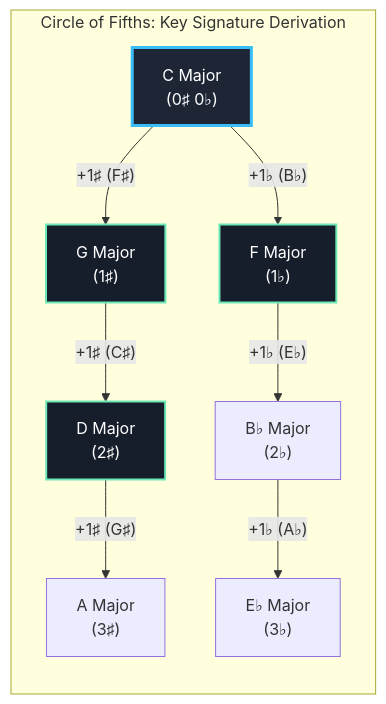
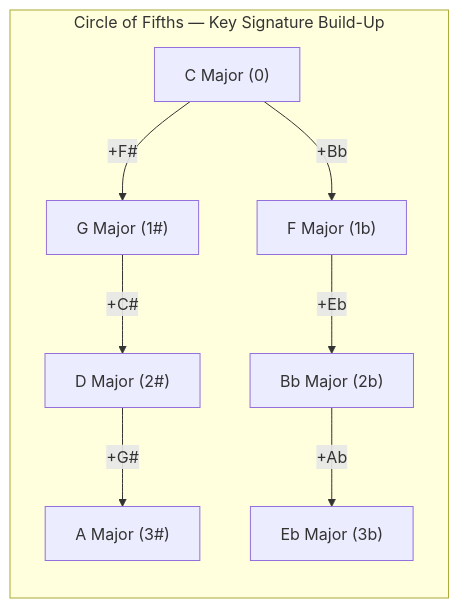
Before and after one commit to blebleblee/synapse: the third of 4 diagrams in topics/arts/composition/music_theory/lesson_01_music_notation.md, drawn with Mermaid. The commit also changed other lines of this file and 4 other files, not shown here.

````diff
--- a/topics/arts/composition/music_theory/lesson_01_music_notation.md
+++ b/topics/arts/composition/music_theory/lesson_01_music_notation.md
@@ -170,16 +71,11 @@
 ```mermaid
 graph LR
-    subgraph sub_circle_of_fifths__key_signature ["Circle of Fifths: Key Signature Derivation"]
-        C["C Major<br/>(0♯ 0♭)"] -->|"+1♯ (F♯)"| G["G Major<br/>(1♯)"]
-        G -->|"+1♯ (C♯)"| D["D Major<br/>(2♯)"]
-        D -->|"+1♯ (G♯)"| A["A Major<br/>(3♯)"]
-        C -->|"+1♭ (B♭)"| F["F Major<br/>(1♭)"]
-        F -->|"+1♭ (E♭)"| Bb["B♭ Major<br/>(2♭)"]
-        Bb -->|"+1♭ (A♭)"| Eb["E♭ Major<br/>(3♭)"]
+    subgraph sub_circle_fifths ["Circle of Fifths — Key Signature Build-Up"]
+        C0["C Major (0)"] -->|"+F#"| G1["G Major (1#)"]
+        G1 -->|"+C#"| D2["D Major (2#)"]
+        D2 -->|"+G#"| A3["A Major (3#)"]
+        C0 -->|"+Bb"| F1["F Major (1b)"]
+        F1 -->|"+Eb"| Bb2["Bb Major (2b)"]
+        Bb2 -->|"+Ab"| Eb3["Eb Major (3b)"]
     end
-    
-    style C fill:#1E2636,stroke:#38BDF8,stroke-width:3px,color:#fff
-    style G fill:#161D2B,stroke:#6EE7B7,stroke-width:2px,color:#fff
-    style D fill:#161D2B,stroke:#6EE7B7,stroke-width:2px,color:#fff
-    style F fill:#161D2B,stroke:#6EE7B7,stroke-width:2px,color:#fff
 ```
````
